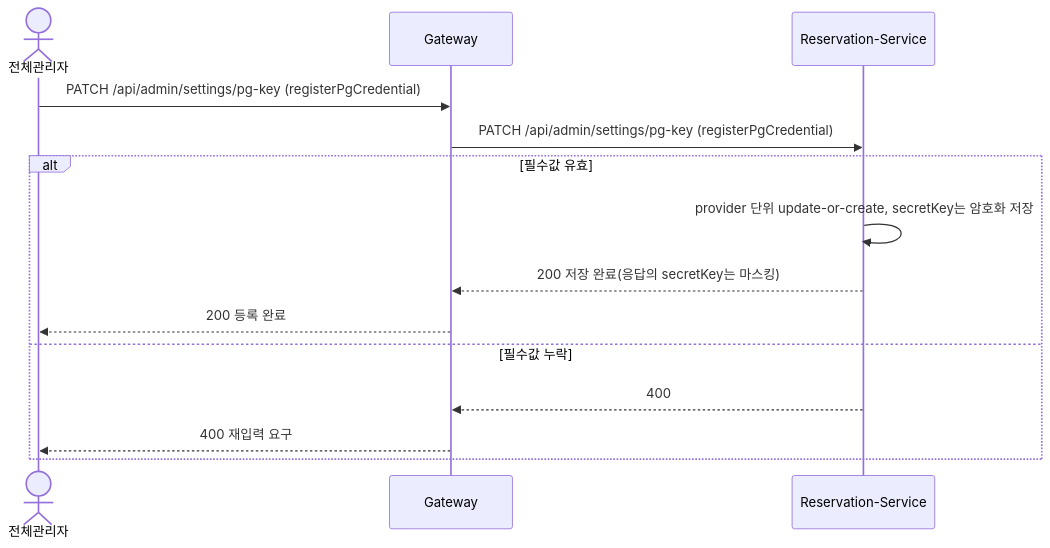
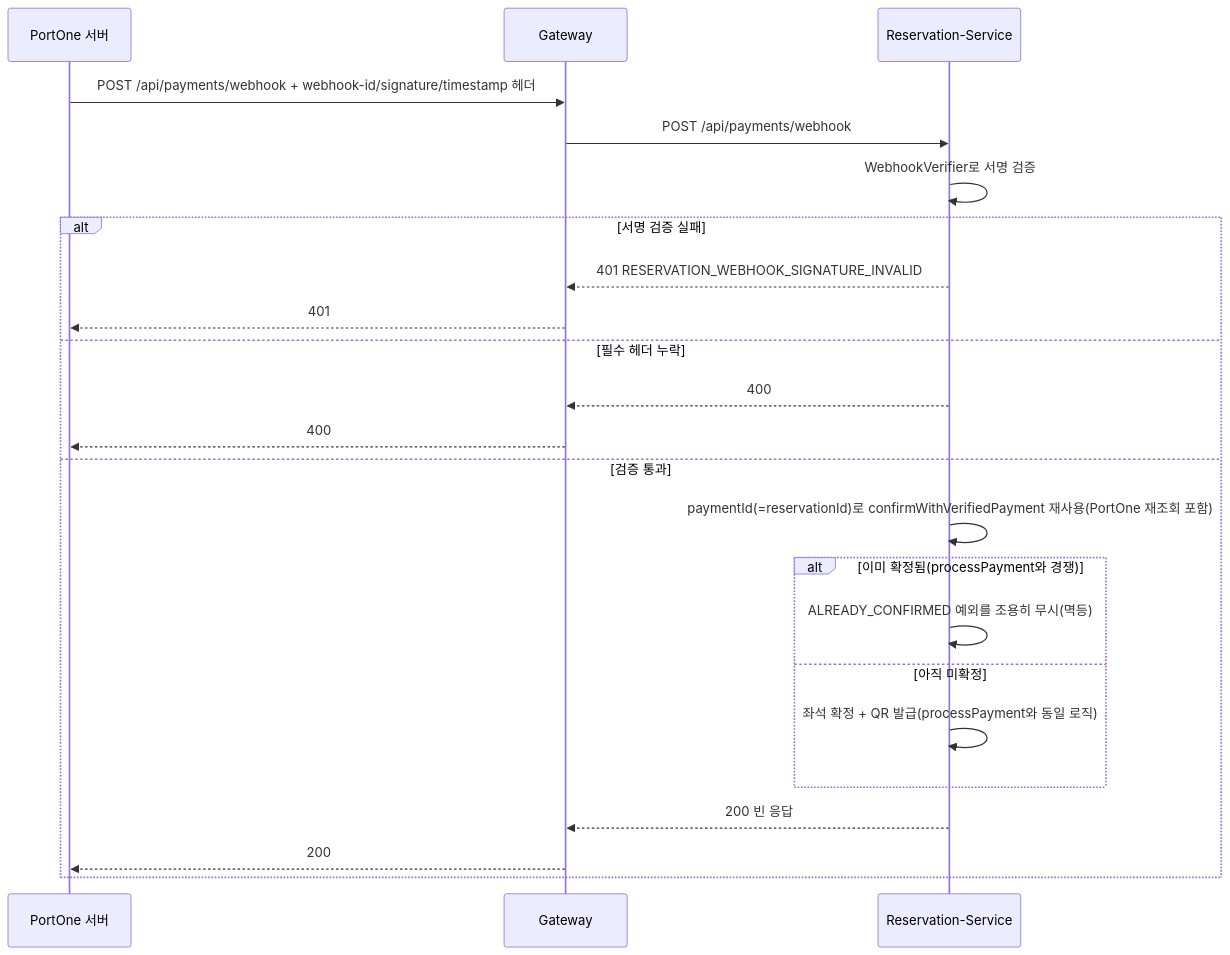
Before and after one commit to likelion-backend-24th/Final-Project-Team3: diagram 20 of 30 in docs/시퀀스.md, drawn with Mermaid. The commit also changed other lines of this file and 4 other files, not shown here.

````diff
--- a/docs/시퀀스.md
+++ b/docs/시퀀스.md
@@ -430,16 +613,25 @@
 ```mermaid
 sequenceDiagram
-    actor SA as 전체관리자
+    participant PO as PortOne 서버
     participant G as Gateway
     participant RS as Reservation-Service
-    SA->>G: PATCH /api/admin/settings/pg-key (registerPgCredential)
-    G->>RS: PATCH /api/admin/settings/pg-key (registerPgCredential)
-    alt 필수값 유효
-        RS->>RS: provider 단위 update-or-create, secretKey는 암호화 저장
-        RS-->>G: 200 저장 완료(응답의 secretKey는 마스킹)
-        G-->>SA: 200 등록 완료
-    else 필수값 누락
+    PO->>G: POST /api/payments/webhook + webhook-id/signature/timestamp 헤더
+    G->>RS: POST /api/payments/webhook
+    RS->>RS: WebhookVerifier로 서명 검증
+    alt 서명 검증 실패
+        RS-->>G: 401 RESERVATION_WEBHOOK_SIGNATURE_INVALID
+        G-->>PO: 401
+    else 필수 헤더 누락
         RS-->>G: 400
-        G-->>SA: 400 재입력 요구
+        G-->>PO: 400
+    else 검증 통과
+        RS->>RS: paymentId(=reservationId)로 confirmWithVerifiedPayment 재사용(PortOne 재조회 포함)
+        alt 이미 확정됨(processPayment와 경쟁)
+            RS->>RS: ALREADY_CONFIRMED 예외를 조용히 무시(멱등)
+        else 아직 미확정
+            RS->>RS: 좌석 확정 + QR 발급(processPayment와 동일 로직)
+        end
+        RS-->>G: 200 빈 응답
+        G-->>PO: 200
     end
 ```
````
